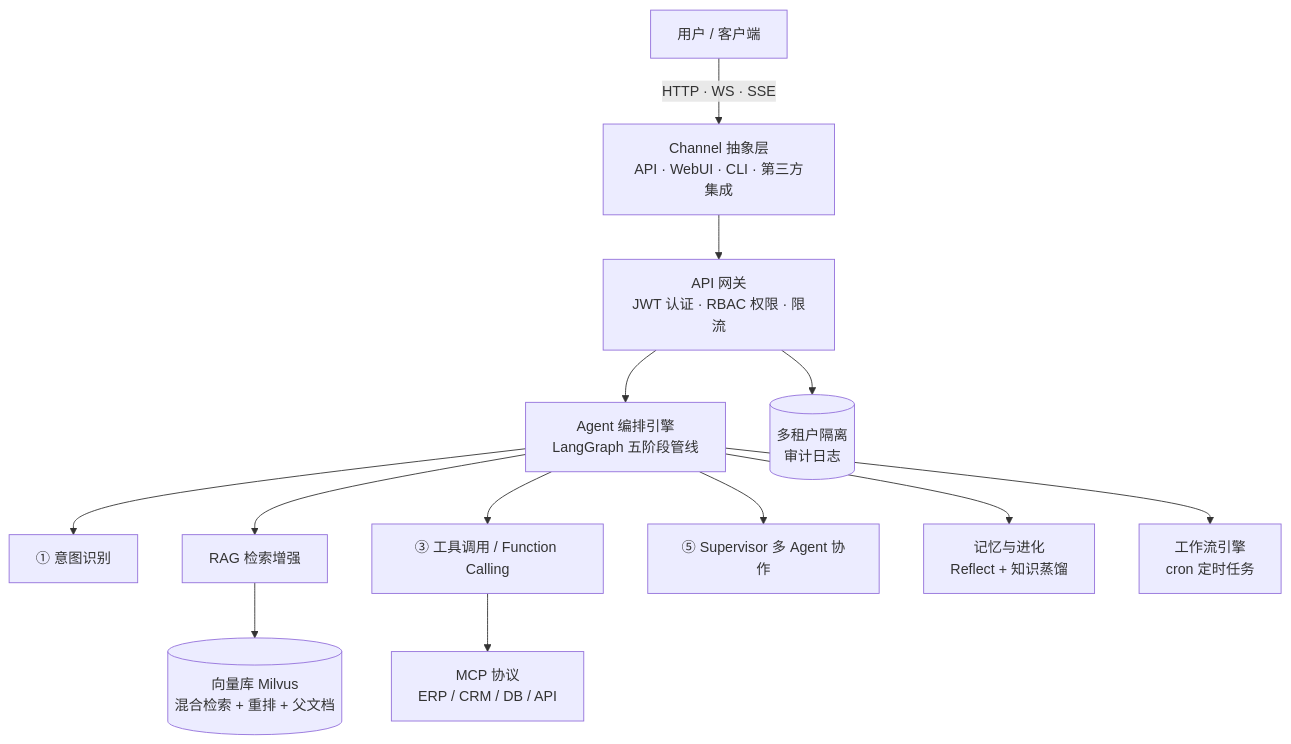
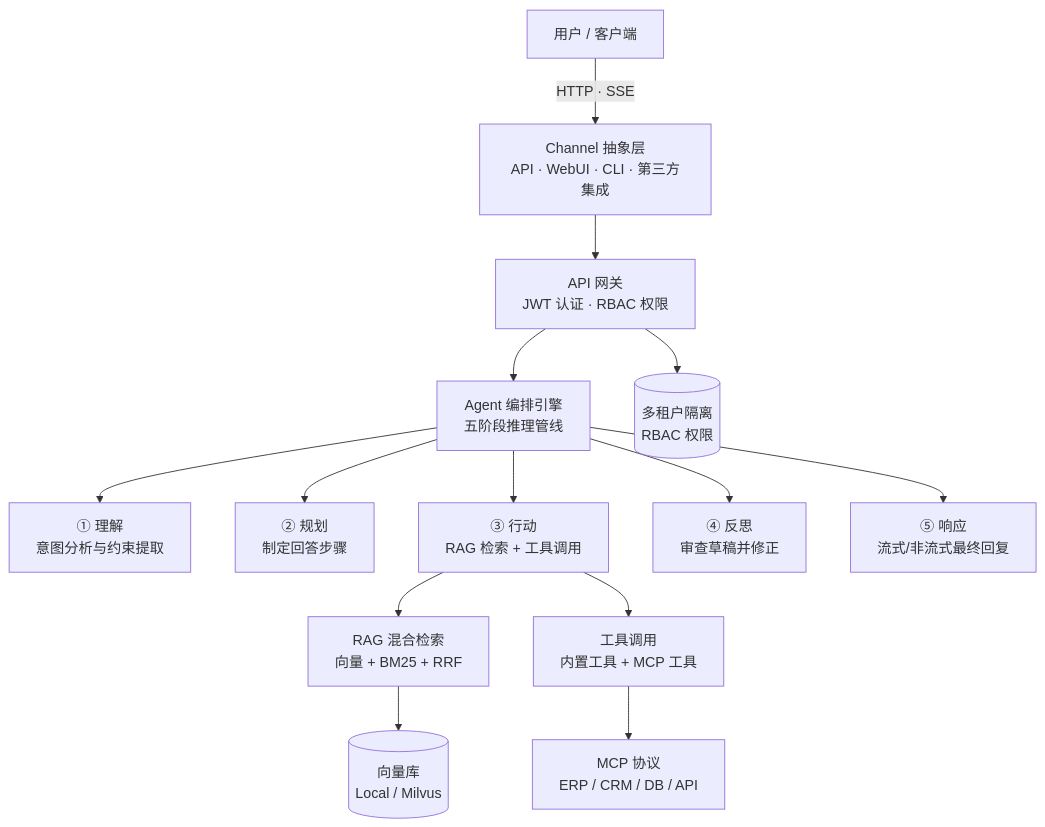
One commit to lwmjava/ai-assistant changed the diagram in README.md. Above: the diagram before and after it, drawn with Mermaid. The commit also changed other lines of this file and 1 other file, not shown here.

````diff
--- a/README.md
+++ b/README.md
@@ -33,15 +34,16 @@
 ```mermaid
 graph TD
-    User[用户 / 客户端] -->|HTTP · WS · SSE| Channel[Channel 抽象层<br/>API · WebUI · CLI · 第三方集成]
-    Channel --> Gateway[API 网关<br/>JWT 认证 · RBAC 权限 · 限流]
-    Gateway --> Orchestrator[Agent 编排引擎<br/>LangGraph 五阶段管线]
-    Orchestrator --> Intent[① 意图识别]
-    Orchestrator --> RAG[RAG 检索增强]
-    Orchestrator --> Tools[③ 工具调用 / Function Calling]
-    Orchestrator --> Supervisor[⑤ Supervisor 多 Agent 协作]
-    RAG --> Vector[(向量库 Milvus<br/>混合检索 + 重排 + 父文档)]
+    User[用户 / 客户端] -->|HTTP · SSE| Channel[Channel 抽象层<br/>API · WebUI · CLI · 第三方集成]
+    Channel --> Gateway[API 网关<br/>JWT 认证 · RBAC 权限]
+    Gateway --> Orchestrator[Agent 编排引擎<br/>五阶段推理管线]
+    Orchestrator --> Stage1[① 理解<br/>意图分析与约束提取]
+    Orchestrator --> Stage2[② 规划<br/>制定回答步骤]
+    Orchestrator --> Stage3[③ 行动<br/>RAG 检索 + 工具调用]
+    Orchestrator --> Stage4[④ 反思<br/>审查草稿并修正]
+    Orchestrator --> Stage5[⑤ 响应<br/>流式/非流式最终回复]
+    Stage3 --> RAG[RAG 混合检索<br/>向量 + BM25 + RRF]
+    Stage3 --> Tools[工具调用<br/>内置工具 + MCP 工具]
+    RAG --> Vector[(向量库<br/>Local / Milvus)]
     Tools --> MCP[MCP 协议<br/>ERP / CRM / DB / API]
-    Orchestrator --> Memory[记忆与进化<br/>Reflect + 知识蒸馏]
-    Orchestrator --> Workflow[工作流引擎<br/>cron 定时任务]
-    Gateway --> Tenant[(多租户隔离<br/>审计日志)]
+    Gateway --> Tenant[(多租户隔离<br/>RBAC 权限)]
 ```
````
